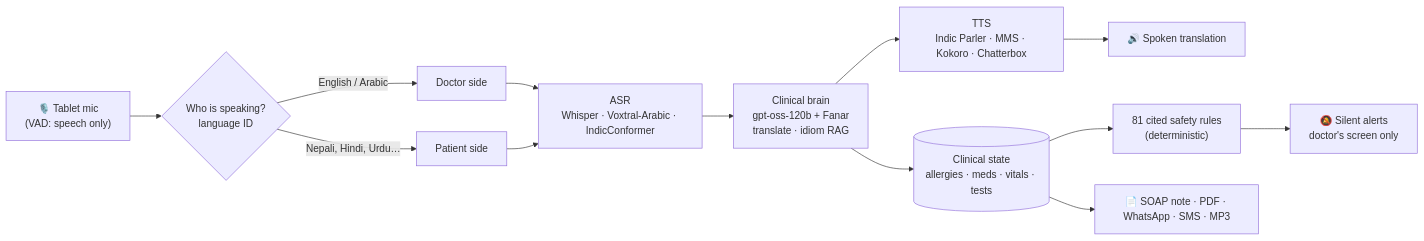
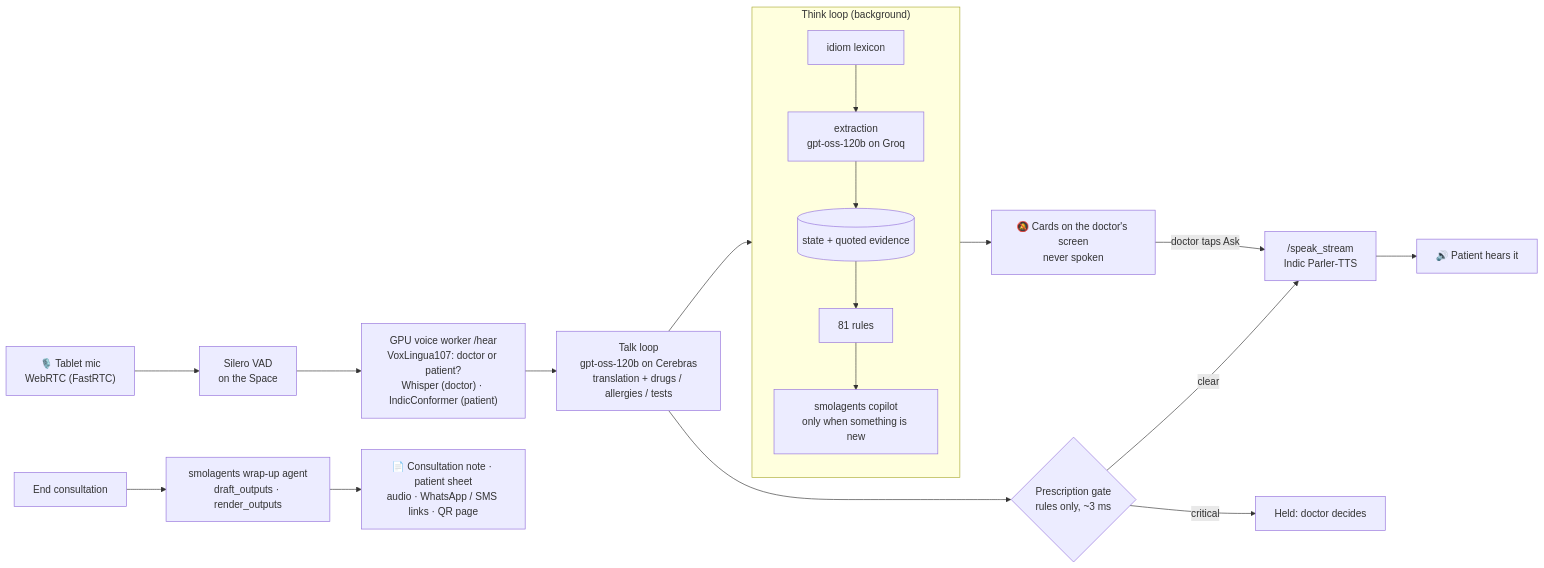
The diagram in README.md (diyorbekibragimov/BayanAI), drawn with Mermaid before and after one commit. The commit also changed other lines of this file and 91 other files, not shown here.

Commit message:
Add smolagents, docs, pdf gen, agentic AI

````diff
--- a/README.md
+++ b/README.md
@@ -113,12 +110,16 @@
 ```mermaid
 flowchart LR
-    MIC["🎙️ Tablet mic<br/>(VAD: speech only)"] --> ROUTE{"Who is speaking?<br/>language ID"}
-    ROUTE -->|"English / Arabic"| DOC["Doctor side"]
-    ROUTE -->|"Nepali, Hindi, Urdu…"| PAT["Patient side"]
-    DOC & PAT --> ASR["ASR<br/>Whisper · Voxtral-Arabic · IndicConformer"]
-    ASR --> BRAIN["Clinical brain<br/>gpt-oss-120b + Fanar<br/>translate · idiom RAG"]
-    BRAIN --> TTS["TTS<br/>Indic Parler · MMS · Kokoro · Chatterbox"] --> SPK["🔊 Spoken translation"]
-    BRAIN --> STATE[("Clinical state<br/>allergies · meds · vitals · tests")]
-    STATE --> RULES["81 cited safety rules<br/>(deterministic)"] --> ALERT["🔕 Silent alerts<br/>doctor's screen only"]
-    STATE --> OUT["📄 SOAP note · PDF · WhatsApp · SMS · MP3"]
+    MIC["🎙️ Tablet mic<br/>WebRTC (FastRTC)"] --> VAD["Silero VAD<br/>on the Space"]
+    VAD --> HEAR["GPU voice worker /hear<br/>VoxLingua107: doctor or patient?<br/>Whisper (doctor) · IndicConformer (patient)"]
+    HEAR --> TR["Talk loop<br/>gpt-oss-120b on Cerebras<br/>translation + drugs / allergies / tests"]
+    TR --> GATE{"Prescription gate<br/>rules only, ~3 ms"}
+    GATE -->|clear| TTS["/speak_stream<br/>Indic Parler-TTS"] --> SPK["🔊 Patient hears it"]
+    GATE -->|critical| HOLD["Held: doctor decides"]
+    TR --> THINK
+    subgraph THINK["Think loop (background)"]
+        ID["idiom lexicon"] --> EX["extraction<br/>gpt-oss-120b on Groq"] --> ST[("state + quoted evidence")] --> RU["81 rules"] --> AG["smolagents copilot<br/>only when something is new"]
+    end
+    THINK --> CARDS["🔕 Cards on the doctor's screen<br/>never spoken"]
+    CARDS -->|"doctor taps Ask"| TTS
+    END["End consultation"] --> WRAP["smolagents wrap-up agent<br/>draft_outputs · render_outputs"] --> OUT["📄 Consultation note · patient sheet<br/>audio · WhatsApp / SMS links · QR page"]
 ```
````
